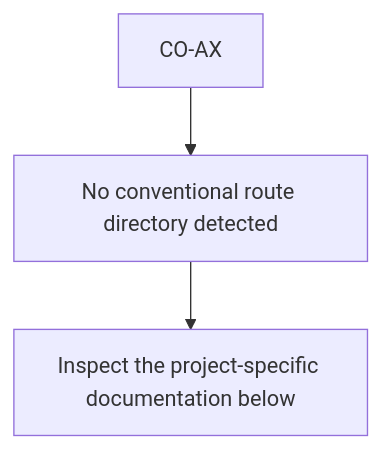
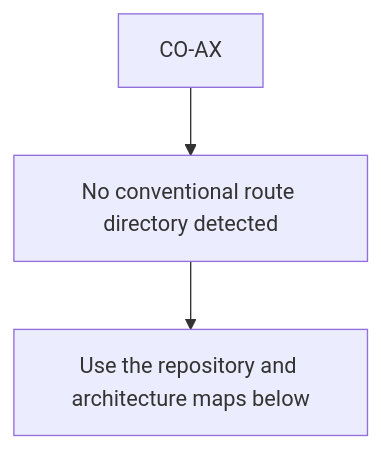
Before and after one commit to Nischhalsubba/CO-AX: the second of 5 diagrams in README.md, drawn with Mermaid. The commit also changed other lines of this file, not shown here.

````diff
--- a/README.md
+++ b/README.md
@@ -38,6 +68,6 @@
 ```mermaid
 flowchart TD
     APP["CO-AX"]
     APP --> SOURCE["No conventional route directory detected"]
-    SOURCE --> VERIFY["Inspect the project-specific documentation below"]
+    SOURCE --> GUIDE["Use the repository and architecture maps below"]
 ```
````
